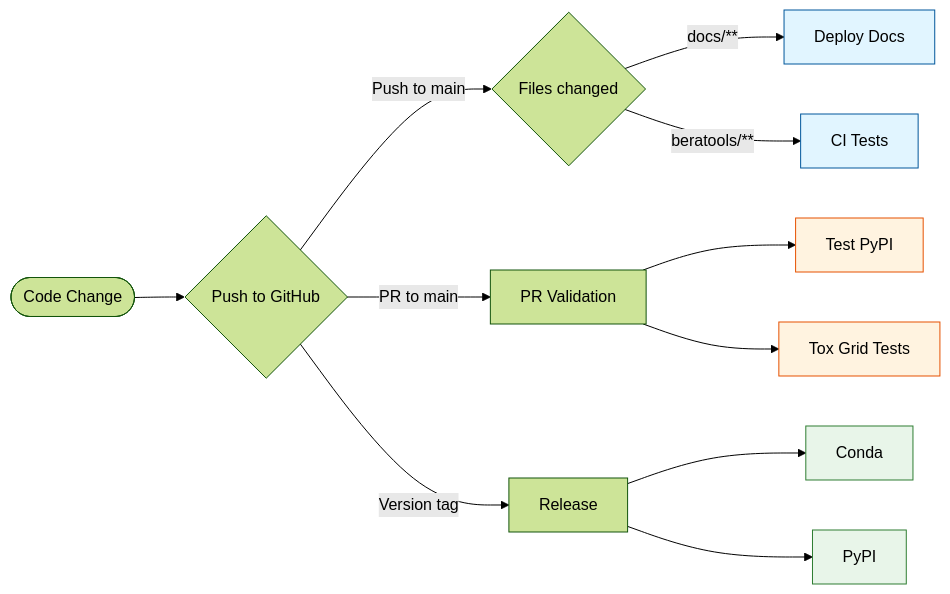
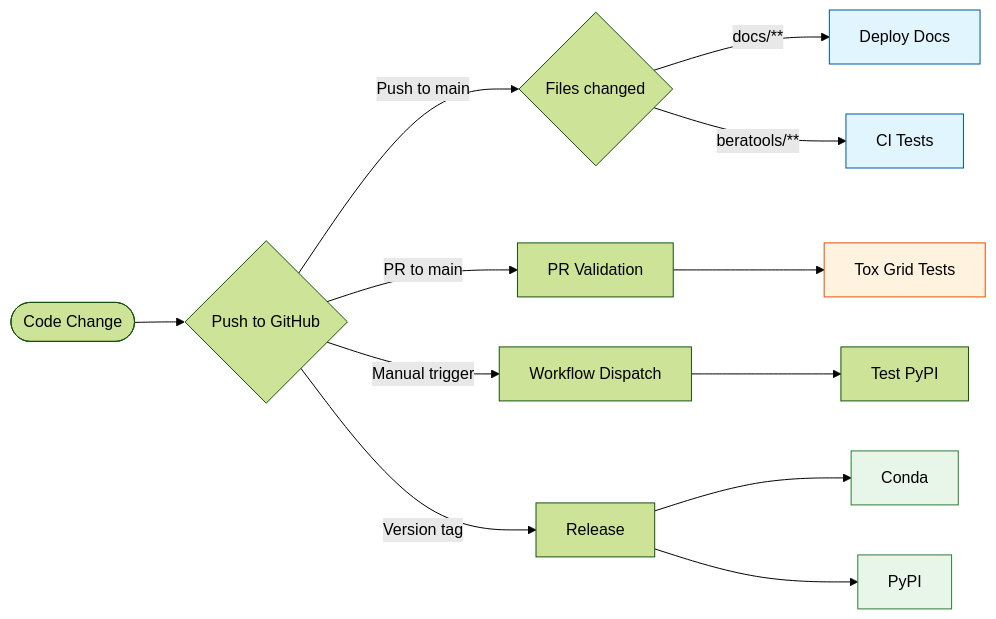
One commit to appliedgrg/beratools changed the diagram in docs/files/developer/maintainer.md. Above: the diagram before and after it, drawn with Mermaid (forest theme). The commit also changed other lines of this file and 5 other files, not shown here.

First line of the commit message:
Make TestPyPI workflow manual; update CI/docs

````diff
--- a/docs/files/developer/maintainer.md
+++ b/docs/files/developer/maintainer.md
@@ -80,24 +82,27 @@
 ```mermaid
 flowchart LR
     Start([Code Change]) --> CheckType{Push to GitHub}
     
     CheckType -->|Push to main| Files{Files changed}
     Files -->|docs/**| Mkdocs[Deploy Docs]
     Files -->|beratools/**| Pytest[CI Tests]
     
     CheckType -->|PR to main| PR[PR Validation]
-    PR --> PyPITest[Test PyPI]
     PR --> Tox[Tox Grid Tests]
+
+    CheckType -->|Manual trigger| Manual[Workflow Dispatch]
+    Manual --> PyPITest[Test PyPI]
     
     CheckType -->|Version tag| Release[Release]
     Release --> Anaconda[Conda]
     Release --> PyPI[PyPI]
     
     classDef push fill:#e1f5ff,stroke:#01579b
     classDef pr fill:#fff3e0,stroke:#e65100
     classDef rel fill:#e8f5e9,stroke:#2e7d32
     
     class Mkdocs,Pytest push
-    class PyPITest,Tox pr
+    class PyPITest manual
+    class Tox pr
     class Anaconda,PyPI rel
 ```
````
